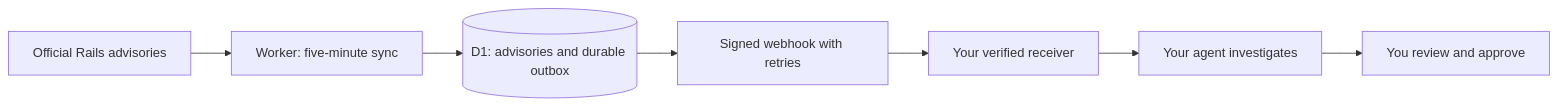
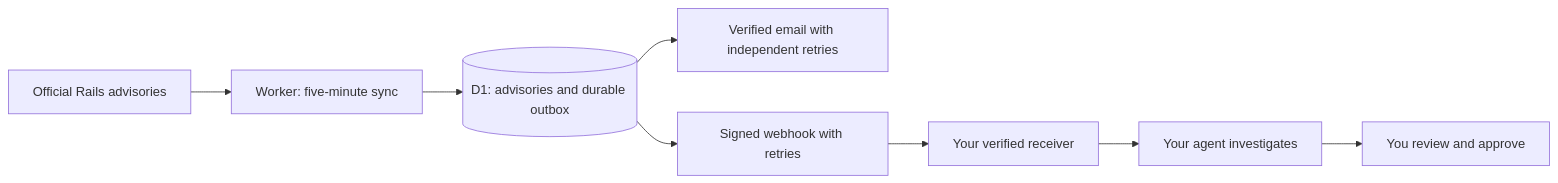
Before and after one commit to aviflombaum/rails-cve: the diagram in README.md, drawn with Mermaid. The commit also changed other lines of this file and 39 other files, not shown here.

````diff
--- a/README.md
+++ b/README.md
@@ -121,9 +133,10 @@
 ```mermaid
 flowchart LR
   A[Official Rails advisories] --> B[Worker: five-minute sync]
   B --> C[(D1: advisories and durable outbox)]
+  C --> M[Verified email with independent retries]
   C --> D[Signed webhook with retries]
   D --> E[Your verified receiver]
   E --> F[Your agent investigates]
   F --> G[You review and approve]
 ```
````
